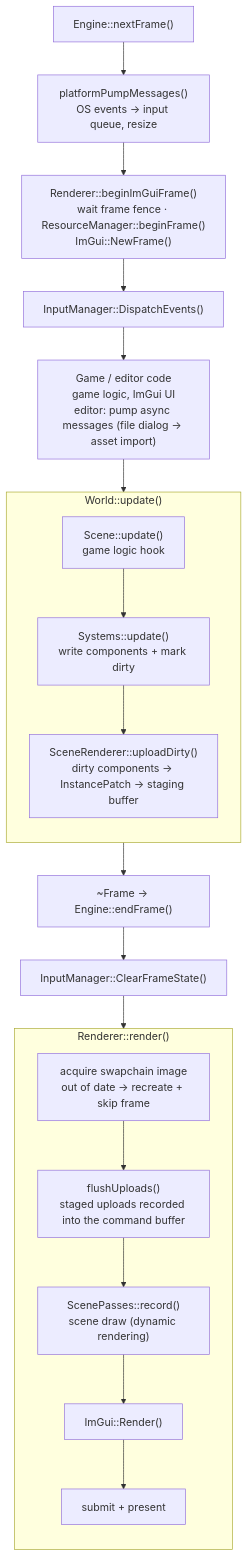
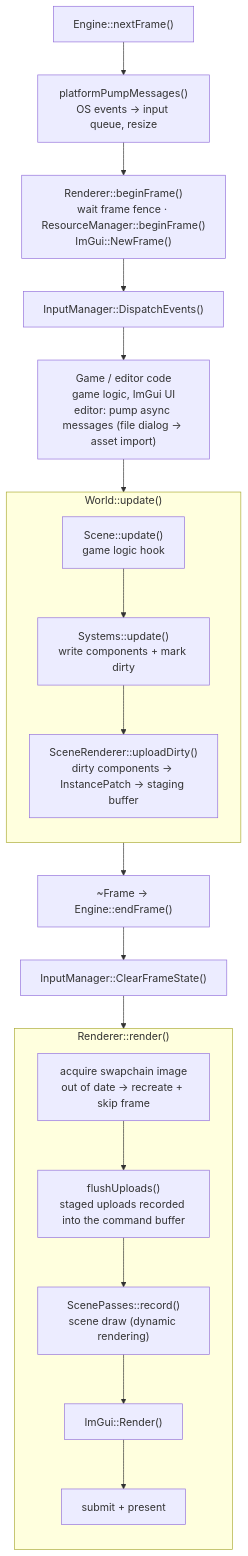
Before and after one commit to Batap2/Batap-Engine: the second of 4 diagrams in docs/engine.md, drawn with Mermaid. The commit also changed 78 other files, not shown here.

````diff
--- a/docs/engine.md
+++ b/docs/engine.md
@@ -39,26 +39,26 @@
 ```mermaid
 flowchart TD
     NF["Engine::nextFrame()"] --> PM["platformPumpMessages()<br/>OS events → input queue, resize"]
-    PM --> BIF["Renderer::beginImGuiFrame()<br/>wait frame fence · ResourceManager::beginFrame()<br/>ImGui::NewFrame()"]
+    PM --> BIF["Renderer::beginFrame()<br/>wait frame fence · ResourceManager::beginFrame()<br/>ImGui::NewFrame()"]
     BIF --> DE["InputManager::DispatchEvents()"]
     DE --> GAME["Game / editor code<br/>game logic, ImGui UI<br/>editor: pump async messages (file dialog → asset import)"]
     GAME --> WU
 
     subgraph WU["World::update()"]
         direction TB
         SU["Scene::update()<br/>game logic hook"] --> SY["Systems::update()<br/>write components + mark dirty"]
         SY --> UD["SceneRenderer::uploadDirty()<br/>dirty components → InstancePatch → staging buffer"]
     end
 
     WU --> EF["~Frame → Engine::endFrame()"]
     EF --> CS["InputManager::ClearFrameState()"]
     CS --> RR
 
     subgraph RR["Renderer::render()"]
         direction TB
         AC["acquire swapchain image<br/>out of date → recreate + skip frame"] --> FU["flushUploads()<br/>staged uploads recorded into the command buffer"]
         FU --> REC["ScenePasses::record()<br/>scene draw (dynamic rendering)"]
         REC --> IMG["ImGui::Render()"]
         IMG --> SP["submit + present"]
     end
 ```
````
